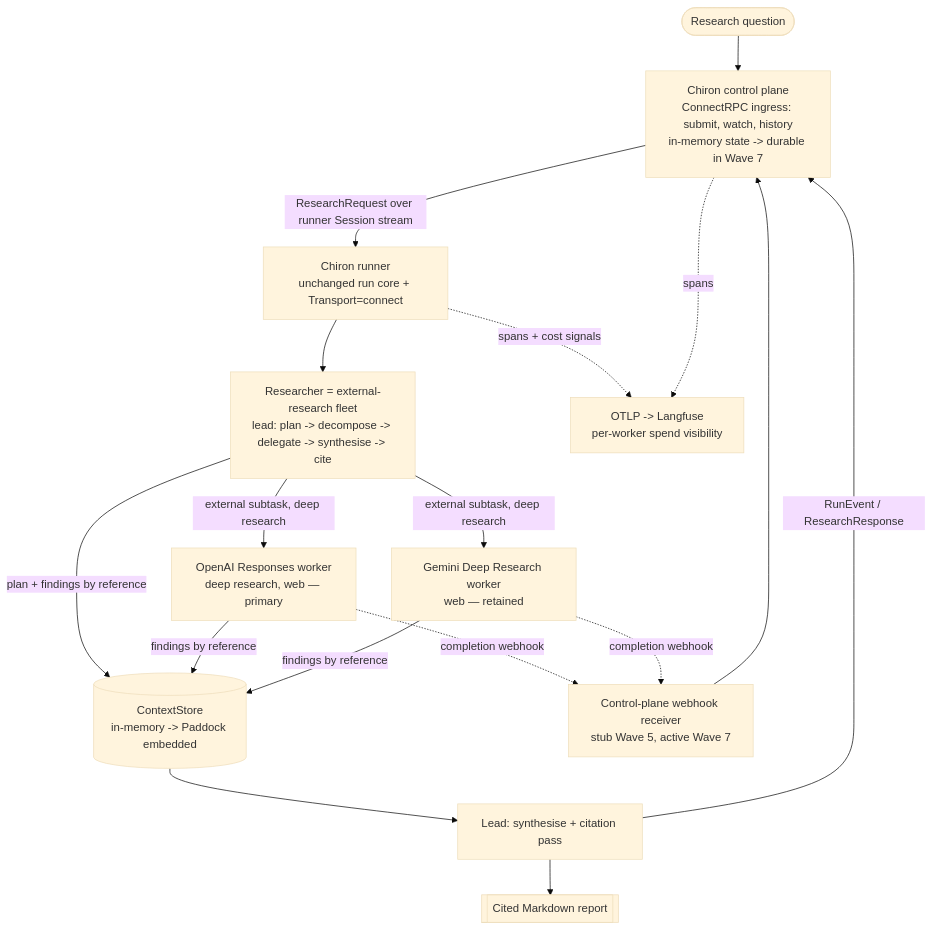
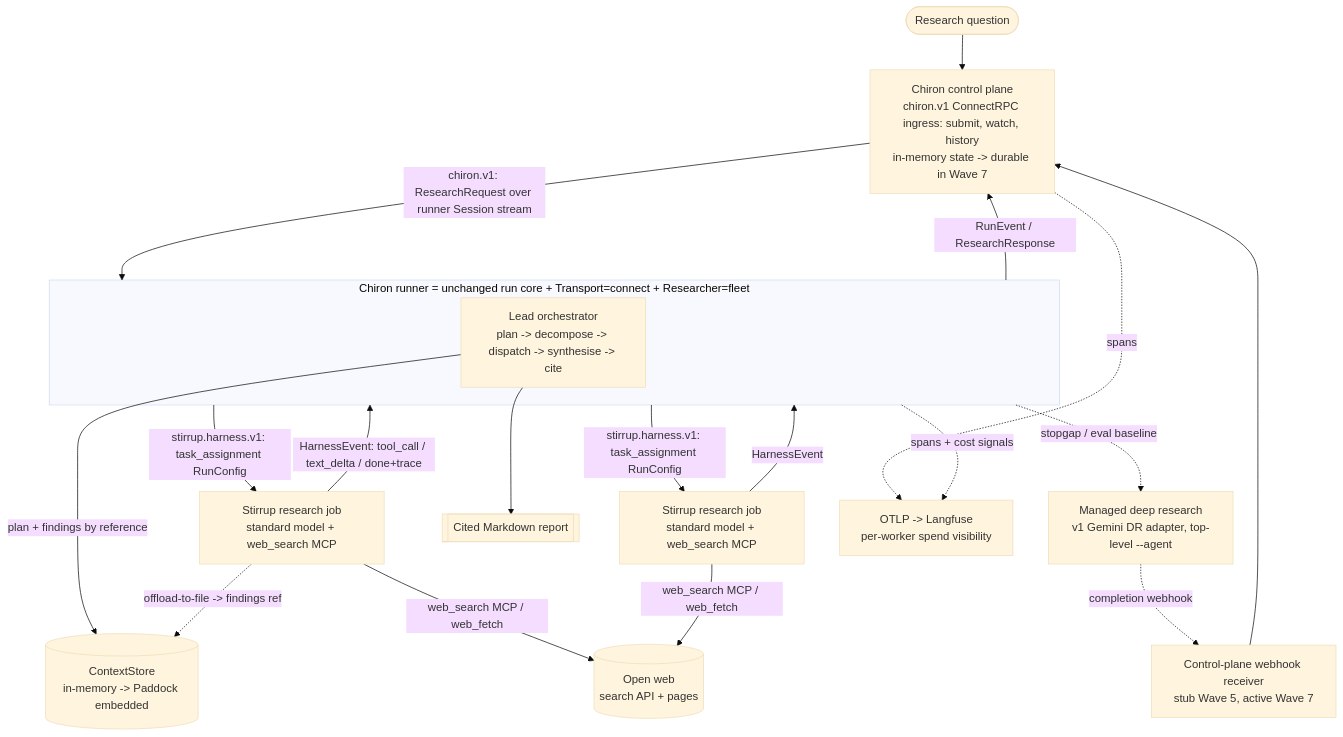
The diagram in docs/V2-PLAN.md (rxbynerd/chiron), drawn with Mermaid (base theme) before and after one commit. The commit also changed other lines of this file, not shown here.

````diff
--- a/docs/V2-PLAN.md
+++ b/docs/V2-PLAN.md
@@ -111,22 +134,28 @@
 ```mermaid
 flowchart TB
-  Q([Research question]) --> CP[Chiron control plane<br/>ConnectRPC ingress: submit, watch, history<br/>in-memory state -> durable in Wave 7]
-  CP -->|ResearchRequest over runner Session stream| RUN[Chiron runner<br/>unchanged run core + Transport=connect]
-  RUN --> FLEET[Researcher = external-research fleet<br/>lead: plan -> decompose -> delegate -> synthesise -> cite]
+  Q([Research question]) --> CP[Chiron control plane<br/>chiron.v1 ConnectRPC ingress: submit, watch, history<br/>in-memory state -> durable in Wave 7]
+  CP -->|chiron.v1: ResearchRequest over runner Session stream| RUN
 
-  FLEET -->|plan + findings by reference| CS[(ContextStore<br/>in-memory -> Paddock embedded)]
-  FLEET -->|external subtask, deep research| W1[OpenAI Responses worker<br/>deep research, web — primary]
-  FLEET -->|external subtask, deep research| W2[Gemini Deep Research worker<br/>web — retained]
+  subgraph RUN[Chiron runner = unchanged run core + Transport=connect + Researcher=fleet]
+    LEAD[Lead orchestrator<br/>plan -> decompose -> dispatch -> synthesise -> cite]
+  end
 
-  W1 -->|findings by reference| CS
-  W2 -->|findings by reference| CS
-  CS --> SYN[Lead: synthesise + citation pass]
-  SYN -->|RunEvent / ResearchResponse| CP
-  SYN --> REP[[Cited Markdown report]]
+  RUN -->|stirrup.harness.v1: task_assignment RunConfig| W1[Stirrup research job<br/>standard model + web_search MCP]
+  RUN -->|stirrup.harness.v1: task_assignment RunConfig| W2[Stirrup research job<br/>standard model + web_search MCP]
+  W1 -->|HarnessEvent: tool_call / text_delta / done+trace| RUN
+  W2 -->|HarnessEvent| RUN
 
-  W1 -. completion webhook .-> WHK[Control-plane webhook receiver<br/>stub Wave 5, active Wave 7]
-  W2 -. completion webhook .-> WHK
+  W1 -->|web_search MCP / web_fetch| WEB[(Open web<br/>search API + pages)]
+  W2 -->|web_search MCP / web_fetch| WEB
+
+  LEAD -->|plan + findings by reference| CS[(ContextStore<br/>in-memory -> Paddock embedded)]
+  W1 -. offload-to-file -> findings ref .-> CS
+  LEAD --> REP[[Cited Markdown report]]
+  RUN -->|RunEvent / ResearchResponse| CP
+
+  RUN -. stopgap / eval baseline .-> MDR[Managed deep research<br/>v1 Gemini DR adapter, top-level --agent]
+  MDR -. completion webhook .-> WHK[Control-plane webhook receiver<br/>stub Wave 5, active Wave 7]
   WHK --> CP
   RUN -. spans + cost signals .-> LF[OTLP -> Langfuse<br/>per-worker spend visibility]
   CP -. spans .-> LF
 ```
````
